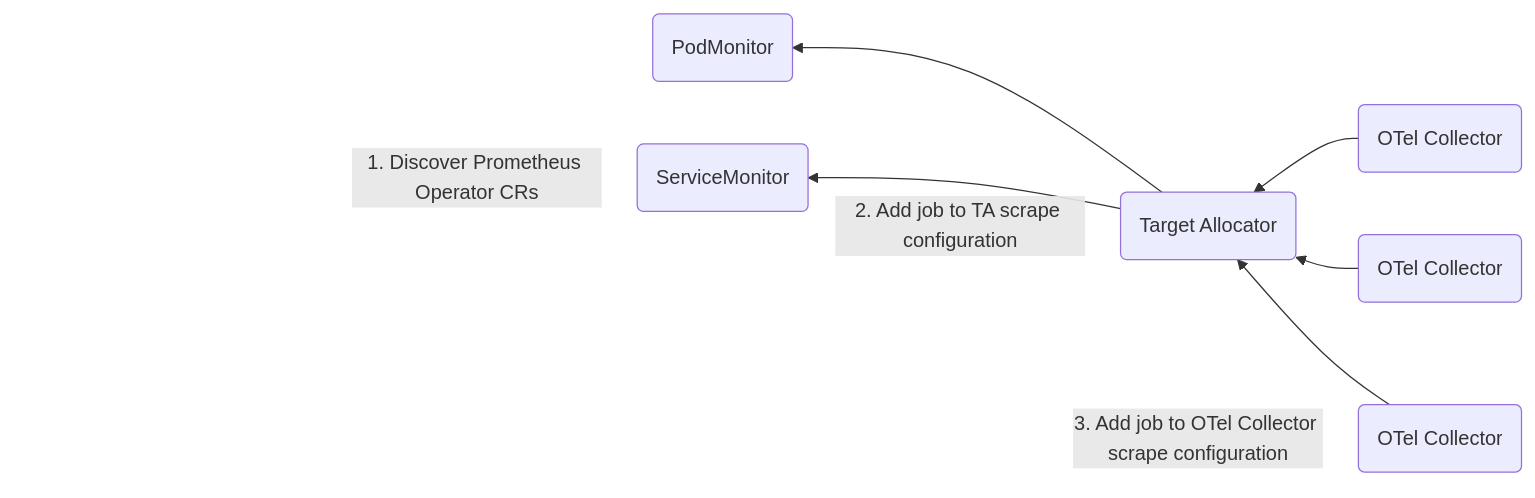
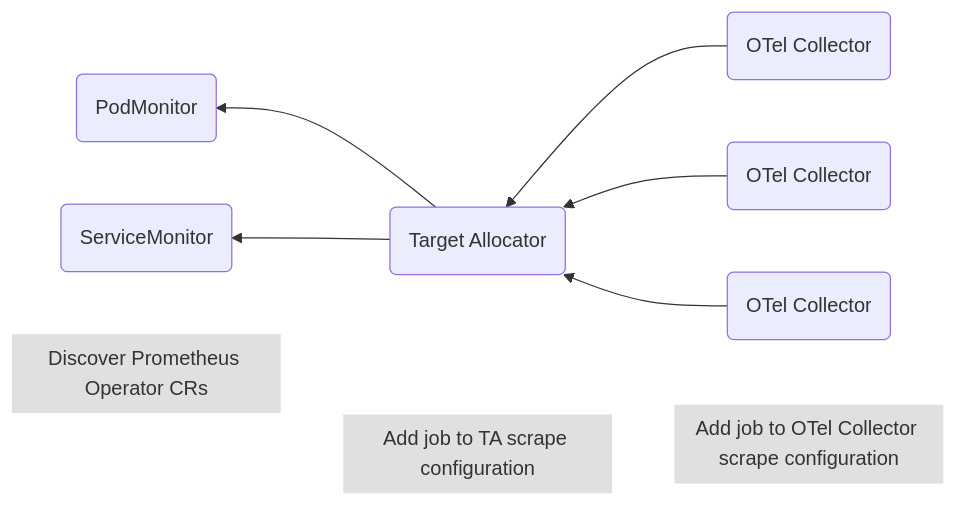
The second of 2 diagrams in cmd/otel-allocator/README.md (open-telemetry/opentelemetry-operator), drawn with Mermaid before and after one commit.

Commit message:
fix Unsupported markdown Target Allocator (#3621) (#3761)

````diff
--- a/cmd/otel-allocator/README.md
+++ b/cmd/otel-allocator/README.md
@@ -64,17 +64,28 @@
 ```mermaid
 flowchart RL
   pm(PodMonitor)
   sm(ServiceMonitor)
   ta(Target Allocator)
   oc1(OTel Collector)
   oc2(OTel Collector)
   oc3(OTel Collector)
   ta --> pm
   ta --> sm
   oc1 --> ta
   oc2 --> ta
   oc3 --> ta
-  sm ~~~|"1. Discover Prometheus Operator CRs"| sm
-  ta ~~~|"2. Add job to TA scrape configuration"| ta
-  oc3 ~~~|"3. Add job to OTel Collector scrape configuration"| oc3
+
+  %% Labels positioned correctly using text nodes
+  crs@{shape: text, label: "Discover Prometheus Operator CRs"}
+  ta_scrape@{shape: text, label: "Add job to TA scrape configuration"}
+  oc_scrape@{shape: text, label: "Add job to OTel Collector scrape configuration"}
+
+  oc_scrape ~~~ ta
+  oc_scrape ~~~ ta_scrape
+  ta ~~~ crs
+
+  %% Apply grey background to text labels
+  style crs fill:#e0e0e0,stroke:#cccccc
+  style ta_scrape fill:#e0e0e0,stroke:#cccccc
+  style oc_scrape fill:#e0e0e0,stroke:#cccccc
 ```
````
